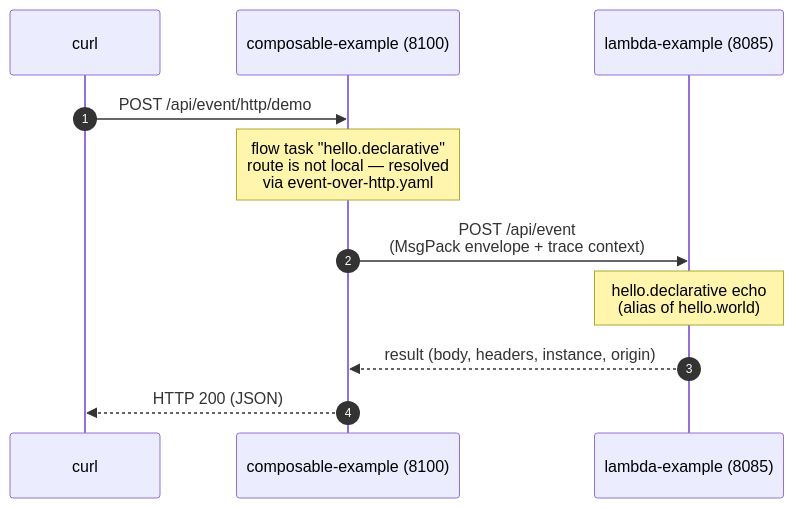
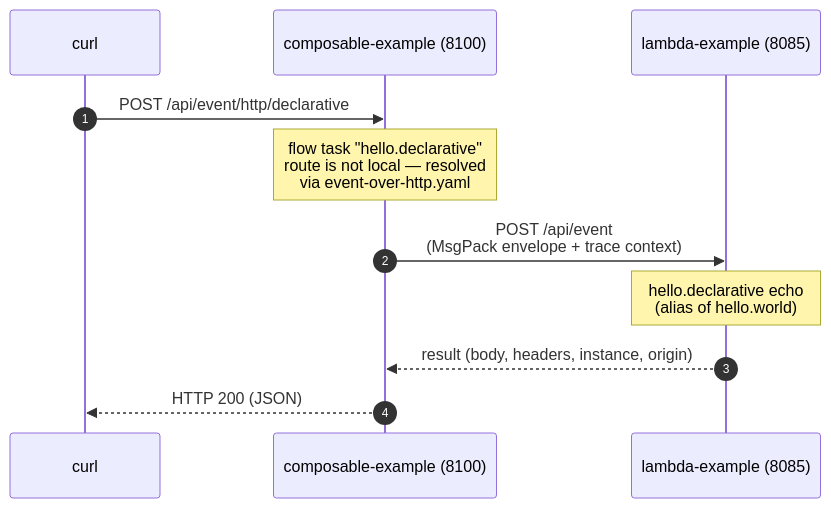
The diagram in docs/guides/event-over-http.md (Accenture/mercury-composable), drawn with Mermaid before and after one commit. The commit also changed other lines of this file and 15 other files, not shown here.

First line of the commit message:
The /api/event edge is a visible span; declarative rename + Event-over-HTTP authentication demo (#217)

````diff
--- a/docs/guides/event-over-http.md
+++ b/docs/guides/event-over-http.md
@@ -164,13 +164,13 @@
 ```mermaid
 sequenceDiagram
     autonumber
     participant U as curl
     participant C as composable-example (8100)
     participant L as lambda-example (8085)
-    U->>C: POST /api/event/http/demo
+    U->>C: POST /api/event/http/declarative
     Note over C: flow task "hello.declarative"<br/>route is not local — resolved<br/>via event-over-http.yaml
     C->>L: POST /api/event<br/>(MsgPack envelope + trace context)
     Note over L: hello.declarative echo<br/>(alias of hello.world)
     L-->>C: result (body, headers, instance, origin)
     C-->>U: HTTP 200 (JSON)
 ```
````
